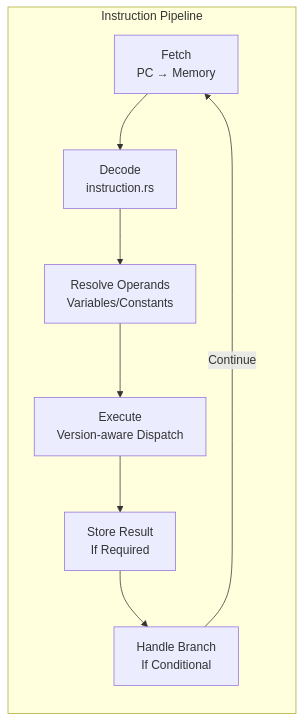
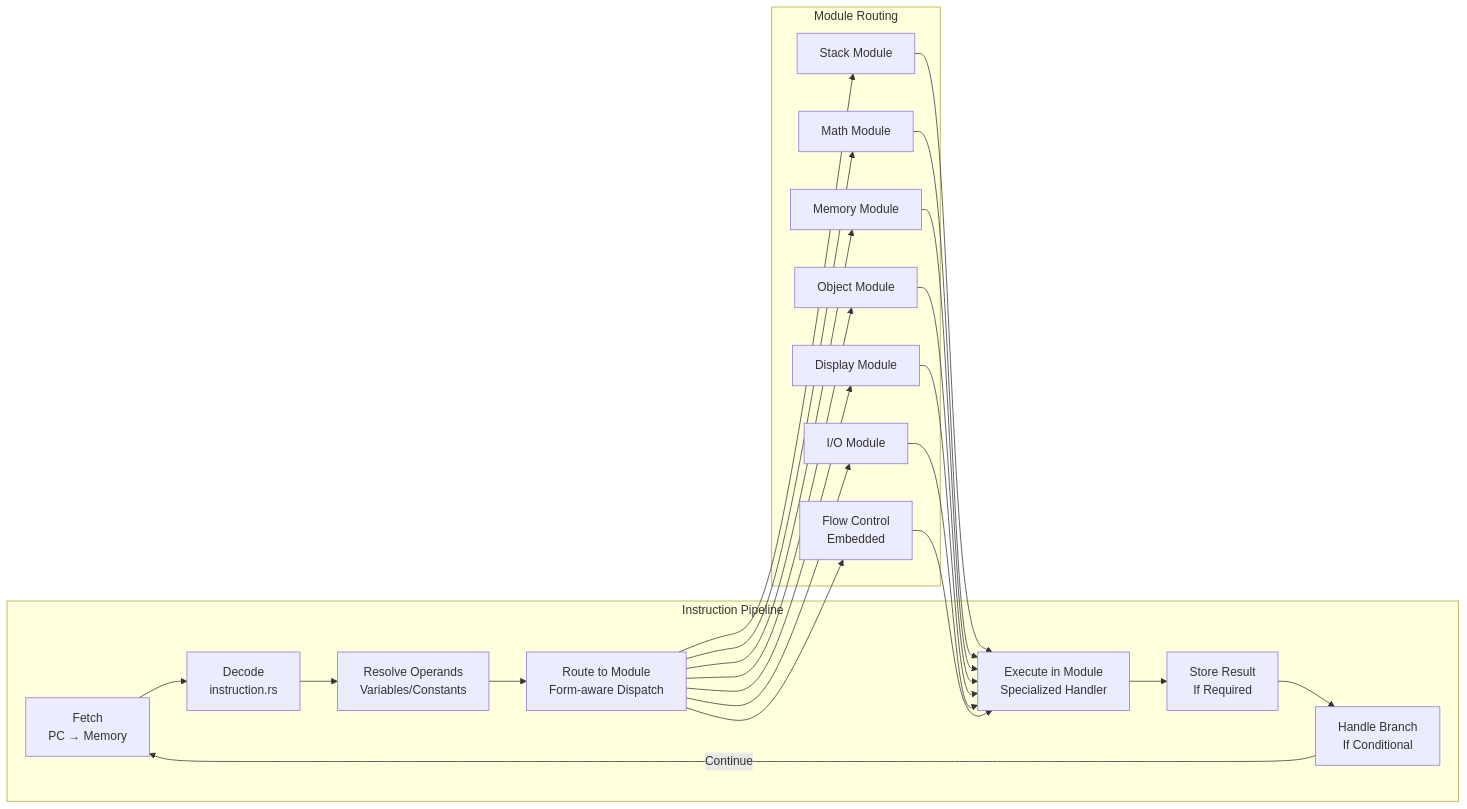
Before and after one commit to skeptomai/gruesome: the seventh of 7 diagrams in docs/ARCHITECTURE.md, drawn with Mermaid. The commit also changed other lines of this file and 1 other file, not shown here.

First line of the commit message:
docs: Update architecture documentation for modular opcode system

````diff
--- a/docs/ARCHITECTURE.md
+++ b/docs/ARCHITECTURE.md
@@ -376,18 +527,43 @@
 ```mermaid
 graph LR
     subgraph "Instruction Pipeline"
         FETCH[Fetch<br/>PC → Memory]
         DECODE[Decode<br/>instruction.rs]
         OPERANDS[Resolve Operands<br/>Variables/Constants]
-        EXECUTE[Execute<br/>Version-aware Dispatch]
+        ROUTE[Route to Module<br/>Form-aware Dispatch]
+        EXECUTE[Execute in Module<br/>Specialized Handler]
         STORE[Store Result<br/>If Required]
         BRANCH[Handle Branch<br/>If Conditional]
     end
     
+    subgraph "Module Routing"
+        STACK_R[Stack Module]
+        MATH_R[Math Module]
+        MEMORY_R[Memory Module]
+        OBJECT_R[Object Module]
+        DISPLAY_R[Display Module]
+        IO_R[I/O Module]
+        FLOW_R[Flow Control<br/>Embedded]
+    end
+    
     FETCH --> DECODE
     DECODE --> OPERANDS
-    OPERANDS --> EXECUTE
+    OPERANDS --> ROUTE
+    ROUTE --> STACK_R
+    ROUTE --> MATH_R
+    ROUTE --> MEMORY_R
+    ROUTE --> OBJECT_R
+    ROUTE --> DISPLAY_R
+    ROUTE --> IO_R
+    ROUTE --> FLOW_R
+    STACK_R --> EXECUTE
+    MATH_R --> EXECUTE
+    MEMORY_R --> EXECUTE
+    OBJECT_R --> EXECUTE
+    DISPLAY_R --> EXECUTE
+    IO_R --> EXECUTE
+    FLOW_R --> EXECUTE
     EXECUTE --> STORE
     STORE --> BRANCH
     BRANCH -->|Continue| FETCH
 ```
````
